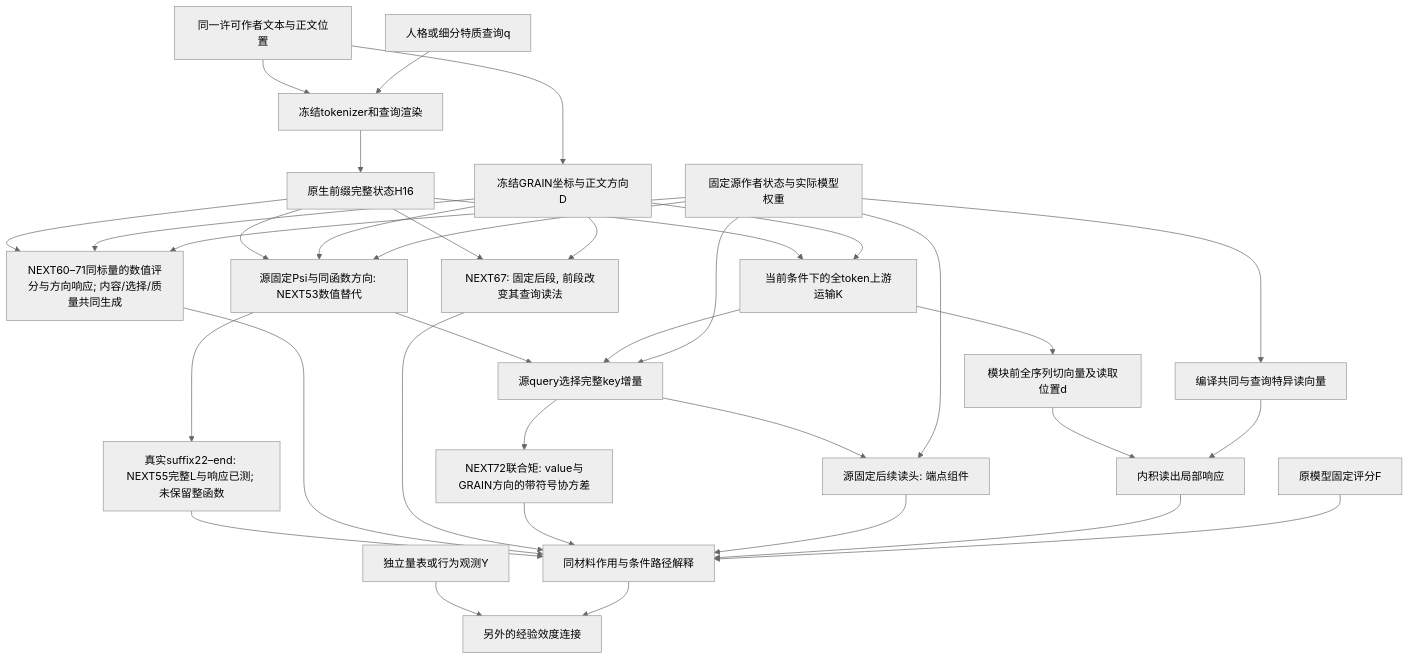
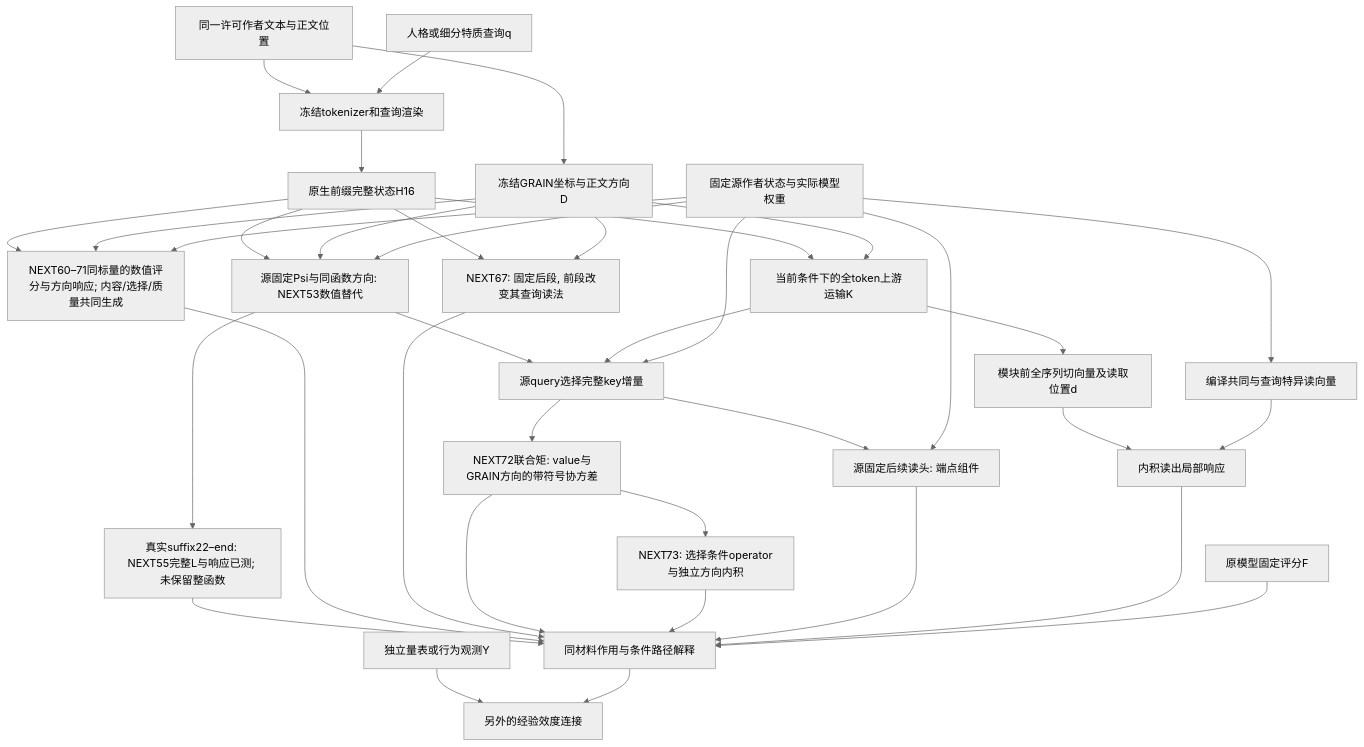
The diagram in docs/GRAIN_UPSTREAM_MECHANISM_INTEGRATION_V1.md (reiserhhh/GRAIN), drawn with Mermaid (neutral theme) before and after one commit. The commit also changed other lines of this file and 16 other files, not shown here.

````diff
--- a/docs/GRAIN_UPSTREAM_MECHANISM_INTEGRATION_V1.md
+++ b/docs/GRAIN_UPSTREAM_MECHANISM_INTEGRATION_V1.md
@@ -8,37 +8,39 @@
 ```mermaid
 flowchart TD
   T[同一许可作者文本与正文位置] --> G[冻结GRAIN坐标与正文方向D]
   T --> R[冻结tokenizer和查询渲染]
   Q[人格或细分特质查询q] --> R
   R --> H[原生前缀完整状态H16]
   H --> K[当前条件下的全token上游运输K]
   H --> P[源固定Psi与同函数方向: NEXT53数值替代]
   G --> P
   S --> P
   P --> U
   P --> W[真实suffix22–end: NEXT55完整L与响应已测; 未保留整函数]
   W --> J
   H --> Z[NEXT60–71同标量的数值评分与方向响应; 内容/选择/质量共同生成]
   G --> Z
   S --> Z
   Z --> J
   H --> I[NEXT67: 固定后段, 前段改变其查询读法]
   G --> I
   I --> J
   G --> K
   K --> D[模块前全序列切向量及读取位置d]
   S[固定源作者状态与实际模型权重] --> V[编译共同与查询特异读向量]
   D --> A[内积读出局部响应]
   V --> A
   K --> U[源query选择完整key增量]
   S --> U
   U --> M[NEXT72联合矩: value与GRAIN方向的带符号协方差]
   M --> J
+  M --> O[NEXT73: 选择条件operator与独立方向内积]
+  O --> J
   U --> C[源固定后续读头: 端点组件]
   S --> C
   C --> J
   A --> J[同材料作用与条件路径解释]
   F[原模型固定评分F] --> J
   Y[独立量表或行为观测Y] --> E[另外的经验效度连接]
   J --> E
 ```
````
